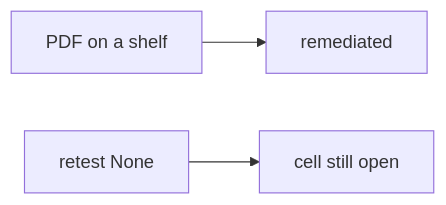
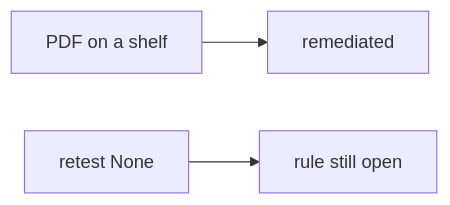
One commit to ishitvagoel/LearnSecurity changed the diagram in content/modules/9/9.5/lessons/07-transfer.md. Above: the diagram before and after it, drawn with Mermaid. The commit also changed other lines of this file and 39 other files, not shown here.

````diff
--- a/content/modules/9/9.5/lessons/07-transfer.md
+++ b/content/modules/9/9.5/lessons/07-transfer.md
@@ -26,5 +26,5 @@
 ```mermaid
 flowchart LR
   Pdf[PDF on a shelf] --> Belief[remediated]
-  None[retest None] --> Reality[cell still open]
+  None[retest None] --> Reality[rule still open]
 ```
````
